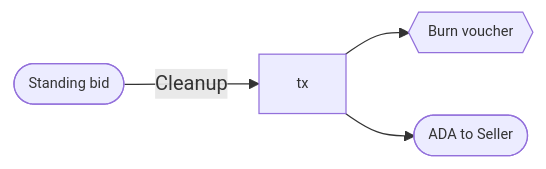
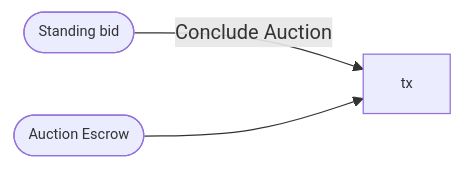
Before and after one commit to mlabs-haskell/hydra-auction: diagram 14 of 23 in docs/on_chain_spec.md, drawn with Mermaid. The commit also changed other lines of this file, not shown here.

````diff
--- a/docs/on_chain_spec.md
+++ b/docs/on_chain_spec.md
@@ -492,10 +903,8 @@
 ```mermaid
 flowchart LR
-  input1([Standing bid]) -- Cleanup --> tx
-  tx --> mint{{Burn voucher}}:::mint
-  tx --> output1([ADA to Seller])
-  tx
+  input1([Standing bid]) -- Conclude Auction --> tx
+  input2([Auction Escrow]) --> tx
 
   classDef default font-size:90%, overflow:visible;
   classDef reference stroke-dasharray: 5 5;
 ```
````
